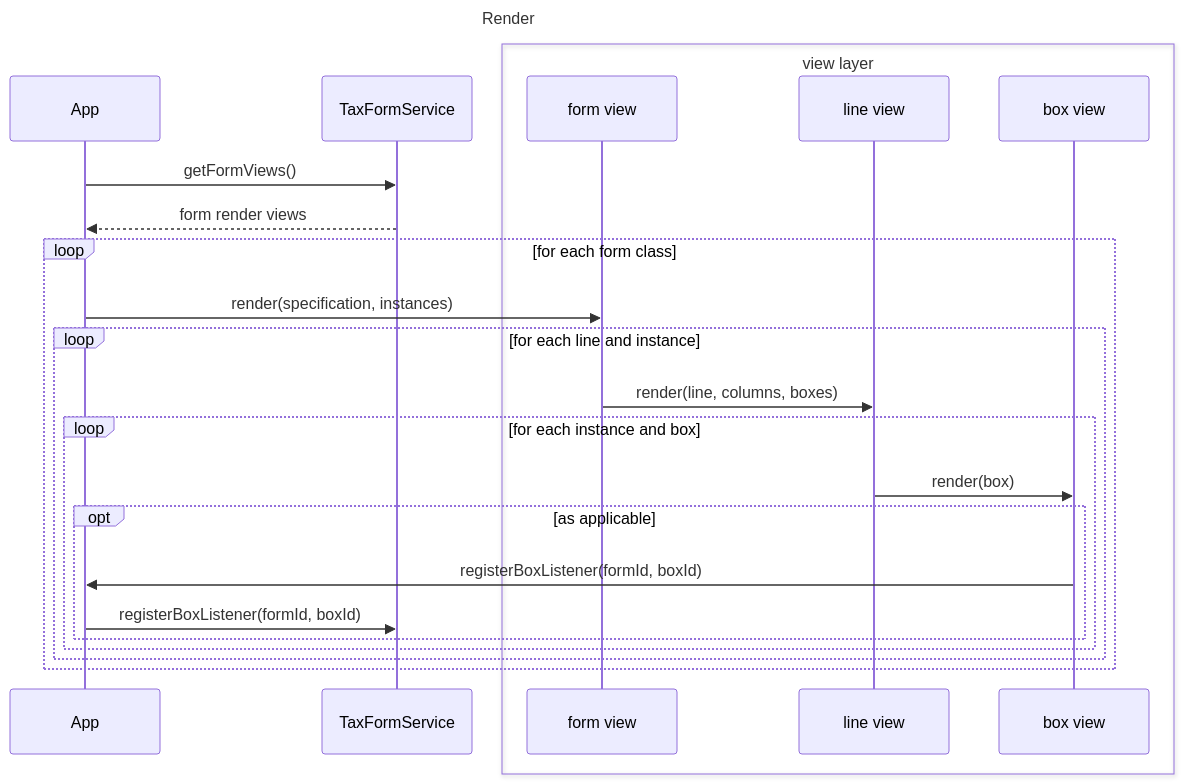
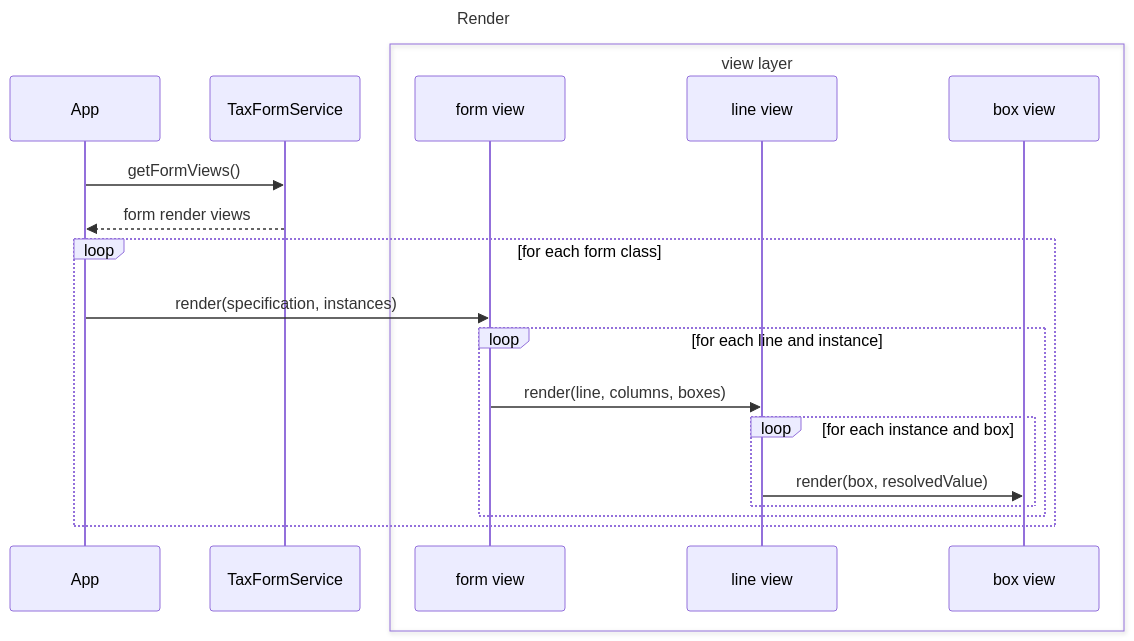
Before and after one commit to wllmwu/thumbtax: the eighth of 9 diagrams in plan/index.md, drawn with Mermaid. The commit also changed other lines of this file, not shown here.

Commit message:
Claude: explicit dependency graph in service

````diff
--- a/plan/index.md
+++ b/plan/index.md
@@ -475,29 +458,25 @@
 ```mermaid
 ---
 title: Render
 ---
 sequenceDiagram
   participant app as App
   participant service as TaxFormService
   box view layer
   participant formview as form view
   participant lineview as line view
   participant boxview as box view
   end
 
   app->>service: getFormViews()
   service-->>app: form render views
   loop for each form class
   app->>formview: render(specification, instances)
   loop for each line and instance
   formview->>lineview: render(line, columns, boxes)
   loop for each instance and box
-  lineview->>boxview: render(box)
-  opt as applicable
-  boxview->>app: registerBoxListener(formId, boxId)
-  app->>service: registerBoxListener(formId, boxId)
-  end
+  lineview->>boxview: render(box, resolvedValue)
   end
   end
   end
 ```
````
